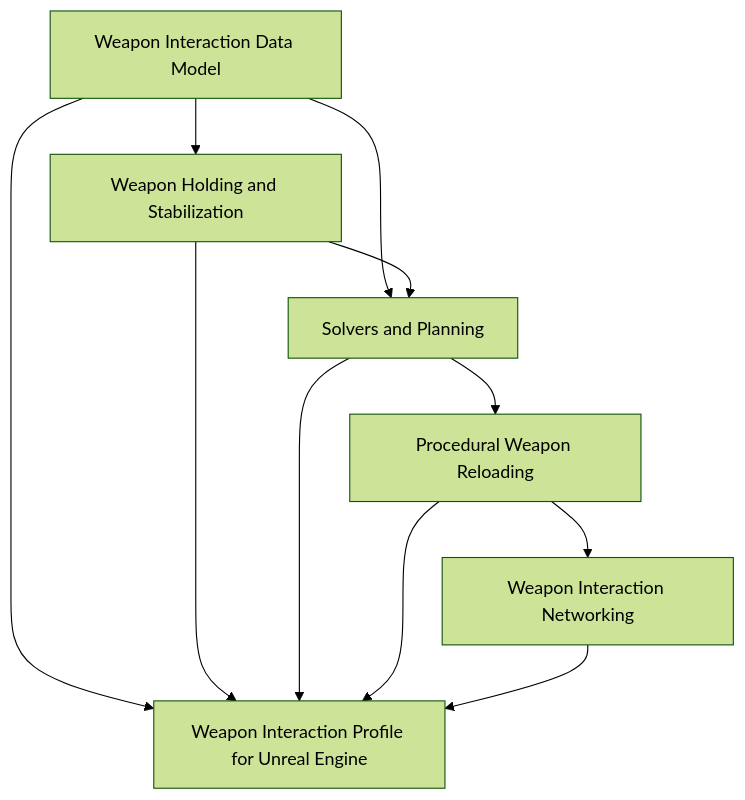
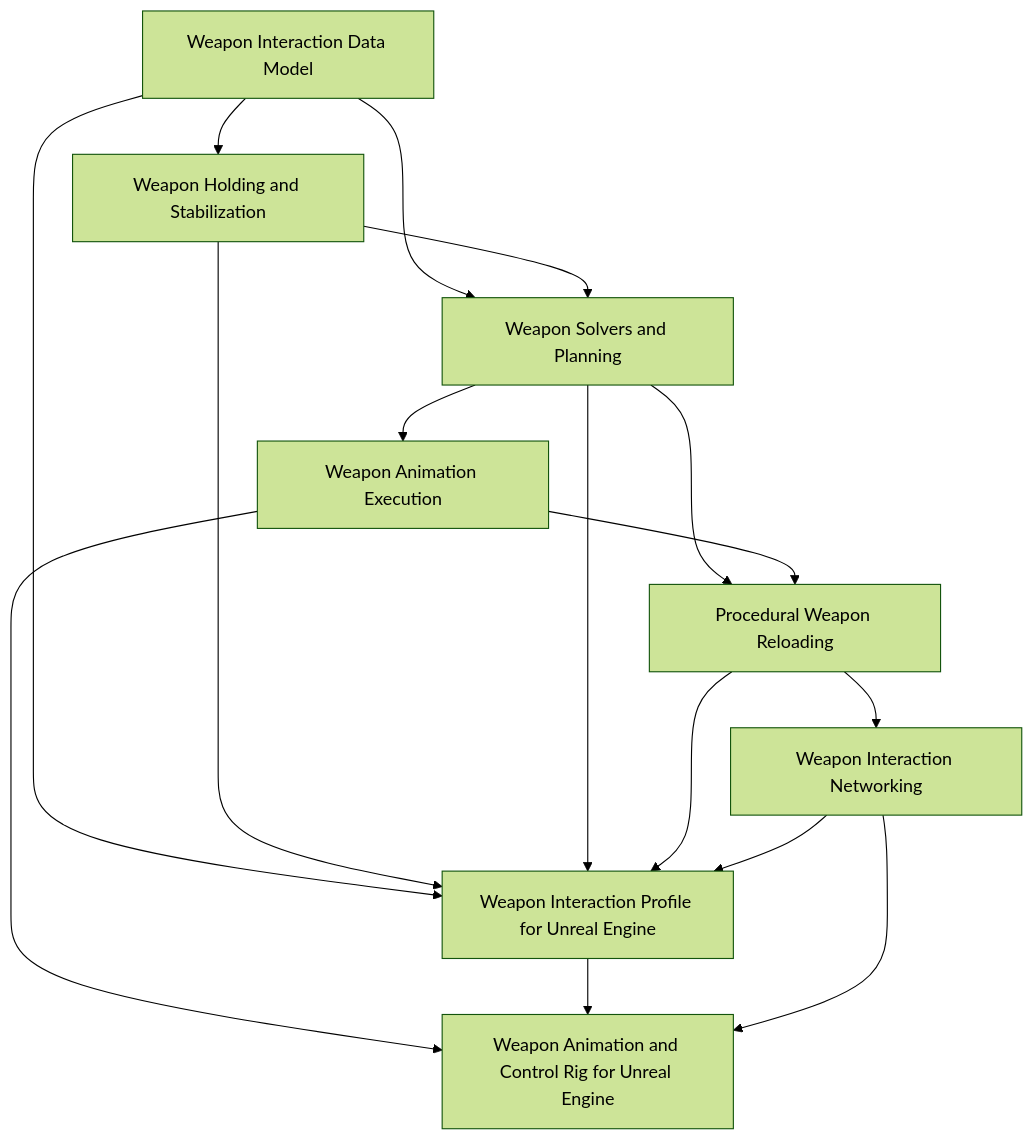
One commit to o-codify/HumanLocomotionSpecificationDocs changed the diagram in docs/12-weapon-interaction/index.md. Above: the diagram before and after it, drawn with Mermaid (forest theme). The commit also changed other lines of this file, not shown here.

Commit message:
Update weapon interaction index with animation execution and UE Control Rig documents

````diff
--- a/docs/12-weapon-interaction/index.md
+++ b/docs/12-weapon-interaction/index.md
@@ -83,20 +106,27 @@
 ```mermaid
 flowchart TD
     Data[Weapon Interaction Data Model]
     Holding[Weapon Holding and Stabilization]
-    Solvers[Solvers and Planning]
+    Solvers[Weapon Solvers and Planning]
+    AnimExec[Weapon Animation Execution]
     Reload[Procedural Weapon Reloading]
     Net[Weapon Interaction Networking]
-    UE[Weapon Interaction Profile for Unreal Engine]
+    UEProfile[Weapon Interaction Profile for Unreal Engine]
+    UERig[Weapon Animation and Control Rig for Unreal Engine]
 
     Data --> Holding
     Data --> Solvers
     Holding --> Solvers
+    Solvers --> AnimExec
     Solvers --> Reload
+    AnimExec --> Reload
     Reload --> Net
-    Data --> UE
-    Holding --> UE
-    Solvers --> UE
-    Reload --> UE
-    Net --> UE
+    Data --> UEProfile
+    Holding --> UEProfile
+    Solvers --> UEProfile
+    Reload --> UEProfile
+    Net --> UEProfile
+    AnimExec --> UERig
+    UEProfile --> UERig
+    Net --> UERig
 ```
````
